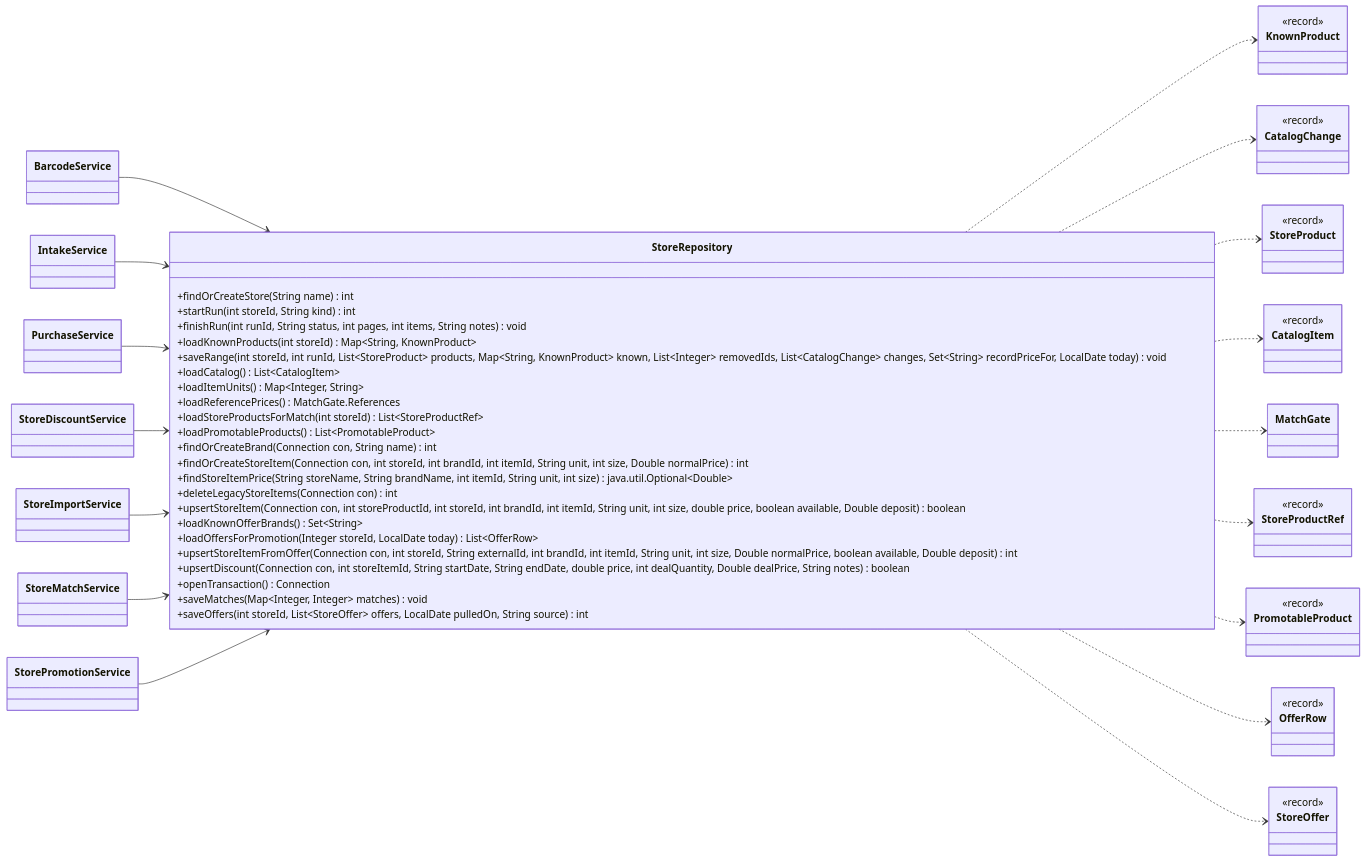
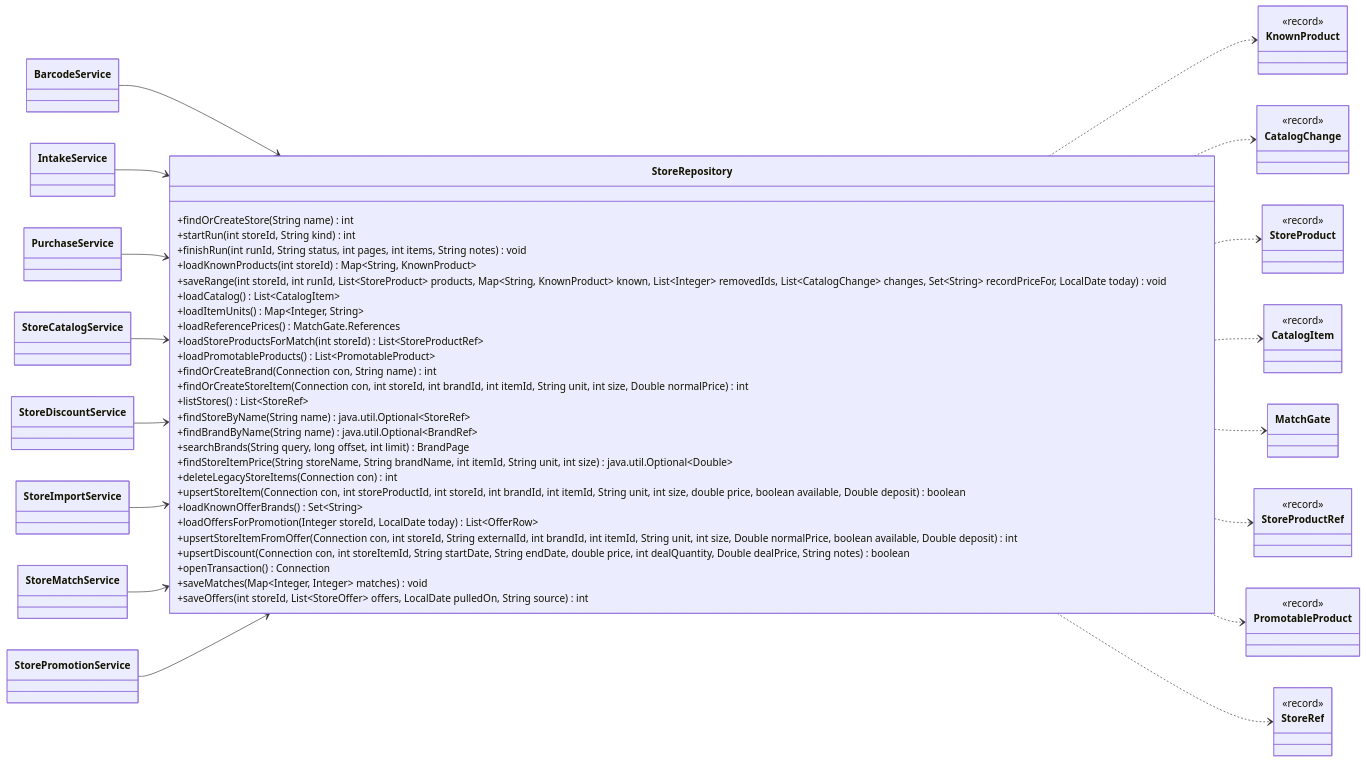
Before and after one commit to Nate-ryan-7690/dahaem: diagram 51 of 54 in docs/classes/stores.md, drawn with Mermaid. The commit also changed other lines of this file and 6 other files, not shown here.

````diff
--- a/docs/classes/stores.md
+++ b/docs/classes/stores.md
@@ -2385,77 +2552,79 @@
 ```mermaid
 classDiagram
     direction LR
     class stores_StoreRepository["StoreRepository"] {
         +findOrCreateStore(String name) int
         +startRun(int storeId, String kind) int
         +finishRun(int runId, String status, int pages, int items, String notes) void
         +loadKnownProducts(int storeId) Map~String, KnownProduct~
         +saveRange(int storeId, int runId, List~StoreProduct~ products, Map~String, KnownProduct~ known, List~Integer~ removedIds, List~CatalogChange~ changes, Set~String~ recordPriceFor, LocalDate today) void
         +loadCatalog() List~CatalogItem~
         +loadItemUnits() Map~Integer, String~
         +loadReferencePrices() MatchGate.References
         +loadStoreProductsForMatch(int storeId) List~StoreProductRef~
         +loadPromotableProducts() List~PromotableProduct~
         +findOrCreateBrand(Connection con, String name) int
         +findOrCreateStoreItem(Connection con, int storeId, int brandId, int itemId, String unit, int size, Double normalPrice) int
+        +listStores() List~StoreRef~
+        +findStoreByName(String name) java.util.Optional~StoreRef~
+        +findBrandByName(String name) java.util.Optional~BrandRef~
+        +searchBrands(String query, long offset, int limit) BrandPage
         +findStoreItemPrice(String storeName, String brandName, int itemId, String unit, int size) java.util.Optional~Double~
         +deleteLegacyStoreItems(Connection con) int
         +upsertStoreItem(Connection con, int storeProductId, int storeId, int brandId, int itemId, String unit, int size, double price, boolean available, Double deposit) boolean
         +loadKnownOfferBrands() Set~String~
         +loadOffersForPromotion(Integer storeId, LocalDate today) List~OfferRow~
         +upsertStoreItemFromOffer(Connection con, int storeId, String externalId, int brandId, int itemId, String unit, int size, Double normalPrice, boolean available, Double deposit) int
         +upsertDiscount(Connection con, int storeItemId, String startDate, String endDate, double price, int dealQuantity, Double dealPrice, String notes) boolean
         +openTransaction() Connection
         +saveMatches(Map~Integer, Integer~ matches) void
         +saveOffers(int storeId, List~StoreOffer~ offers, LocalDate pulledOn, String source) int
     }
     class barcode_BarcodeService["BarcodeService"]
     class barcode_IntakeService["IntakeService"]
     class finance_PurchaseService["PurchaseService"]
+    class stores_StoreCatalogService["StoreCatalogService"]
     class stores_StoreDiscountService["StoreDiscountService"]
     class stores_StoreImportService["StoreImportService"]
     class stores_StoreMatchService["StoreMatchService"]
     class stores_StorePromotionService["StorePromotionService"]
     class stores_KnownProduct["KnownProduct"] {
         <<record>>
     }
     class stores_CatalogChange["CatalogChange"] {
         <<record>>
     }
     class stores_StoreProduct["StoreProduct"] {
         <<record>>
     }
     class stores_CatalogItem["CatalogItem"] {
         <<record>>
     }
     class stores_MatchGate["MatchGate"]
     class stores_StoreProductRef["StoreProductRef"] {
         <<record>>
     }
     class stores_PromotableProduct["PromotableProduct"] {
         <<record>>
     }
-    class stores_OfferRow["OfferRow"] {
-        <<record>>
-    }
-    class stores_StoreOffer["StoreOffer"] {
+    class stores_StoreRef["StoreRef"] {
         <<record>>
     }
     stores_StoreRepository ..> stores_KnownProduct
     stores_StoreRepository ..> stores_CatalogChange
     stores_StoreRepository ..> stores_StoreProduct
     stores_StoreRepository ..> stores_CatalogItem
     stores_StoreRepository ..> stores_MatchGate
     stores_StoreRepository ..> stores_StoreProductRef
     stores_StoreRepository ..> stores_PromotableProduct
-    stores_StoreRepository ..> stores_OfferRow
-    stores_StoreRepository ..> stores_StoreOffer
+    stores_StoreRepository ..> stores_StoreRef
     barcode_BarcodeService --> stores_StoreRepository
     barcode_IntakeService --> stores_StoreRepository
     finance_PurchaseService --> stores_StoreRepository
+    stores_StoreCatalogService --> stores_StoreRepository
     stores_StoreDiscountService --> stores_StoreRepository
     stores_StoreImportService --> stores_StoreRepository
     stores_StoreMatchService --> stores_StoreRepository
     stores_StorePromotionService --> stores_StoreRepository
-    %% 1 more neighbours not drawn
+    %% 5 more neighbours not drawn
 ```
````
